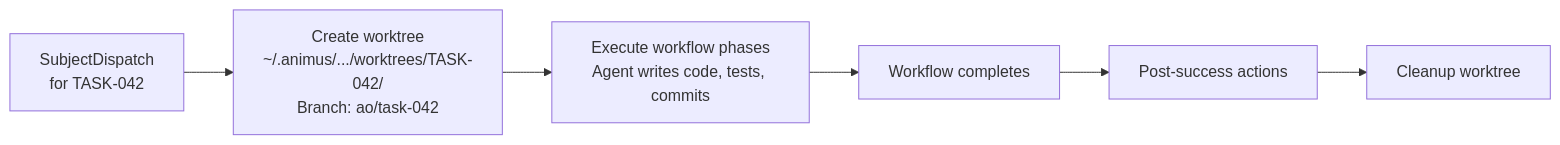
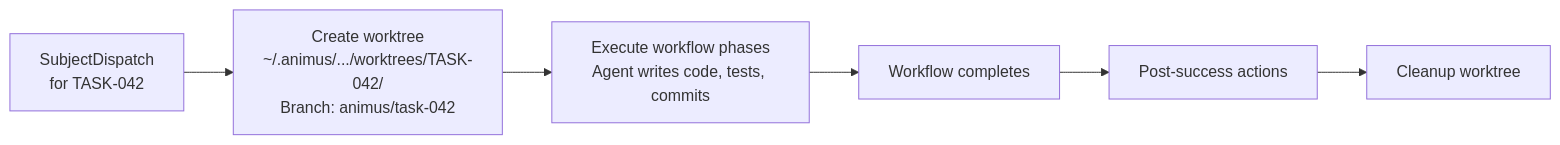
The diagram in docs/concepts/worktrees.md (launchapp-dev/ao-cli), drawn with Mermaid before and after one commit. The commit also changed other lines of this file and 48 other files, not shown here.

````diff
--- a/docs/concepts/worktrees.md
+++ b/docs/concepts/worktrees.md
@@ -52,11 +52,11 @@
 ```mermaid
 flowchart LR
     dispatch["SubjectDispatch<br/>for TASK-042"]
-    create["Create worktree<br/>~/.animus/.../worktrees/TASK-042/<br/>Branch: ao/task-042"]
+    create["Create worktree<br/>~/.animus/.../worktrees/TASK-042/<br/>Branch: animus/task-042"]
     execute["Execute workflow phases<br/>Agent writes code, tests, commits"]
     result["Workflow completes"]
     post["Post-success actions"]
     cleanup["Cleanup worktree"]
 
     dispatch --> create --> execute --> result --> post --> cleanup
 ```
````
